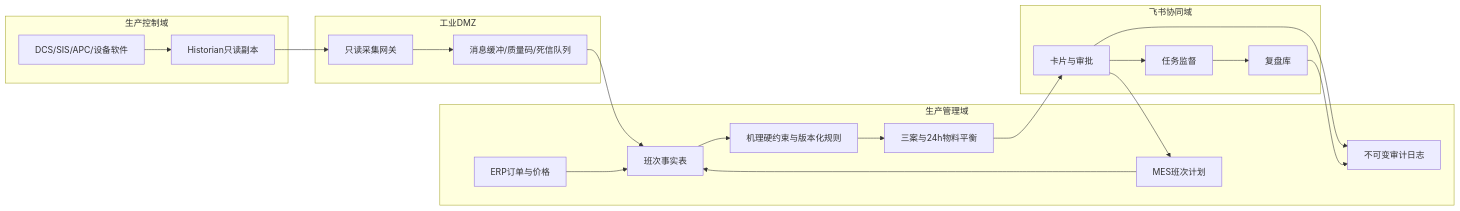
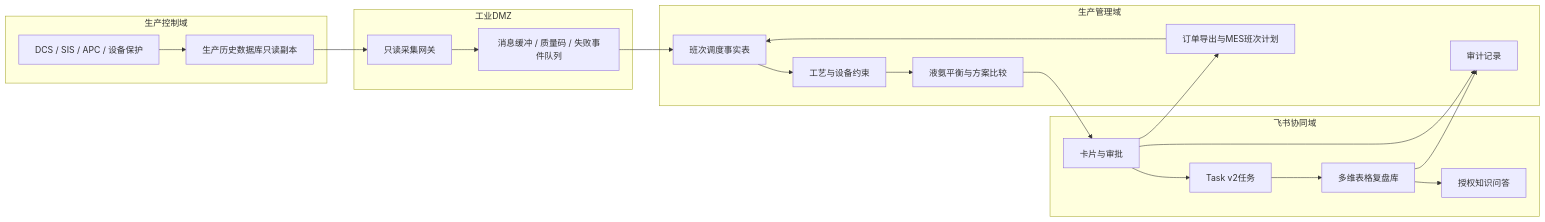
Before and after one commit to zhijinDeng/synthesis-ammonia: the diagram in docs/architecture.md, drawn with Mermaid. The commit also changed other lines of this file and 26 other files, not shown here.

````diff
--- a/docs/architecture.md
+++ b/docs/architecture.md
@@ -13,33 +15,33 @@
 ```mermaid
 flowchart LR
   subgraph OT[生产控制域]
-    DCS[DCS/SIS/APC/设备软件]
-    HIS[Historian只读副本]
-    DCS --> HIS
+    CTRL[DCS / SIS / APC / 设备保护]
+    HIS[生产历史数据库只读副本]
+    CTRL --> HIS
   end
   subgraph DMZ[工业DMZ]
     GW[只读采集网关]
-    MQ[消息缓冲/质量码/死信队列]
+    MQ[消息缓冲 / 质量码 / 失败事件队列]
   end
   subgraph IT[生产管理域]
-    MES[MES班次计划]
-    ERP[ERP订单与价格]
-    FACT[班次事实表]
-    RULE[机理硬约束与版本化规则]
-    OPT[三案与24h物料平衡]
-    AUDIT[不可变审计日志]
+    PLAN[订单导出与MES班次计划]
+    FACT[班次调度事实表]
+    RULE[工艺与设备约束]
+    OPT[液氨平衡与方案比较]
+    AUDIT[审计记录]
   end
-  subgraph COLLAB[飞书协同域]
+  subgraph FEISHU[飞书协同域]
     CARD[卡片与审批]
-    TASK[任务监督]
-    BASE[复盘库]
+    TASK[Task v2任务]
+    BASE[多维表格复盘库]
+    AILY[授权知识问答]
   end
   HIS --> GW --> MQ --> FACT
-  MES --> FACT
-  ERP --> FACT
+  PLAN --> FACT
   FACT --> RULE --> OPT
   OPT --> CARD --> TASK --> BASE
+  BASE --> AILY
   CARD --> AUDIT
   BASE --> AUDIT
-  CARD --> MES
+  CARD --> PLAN
 ```
````
